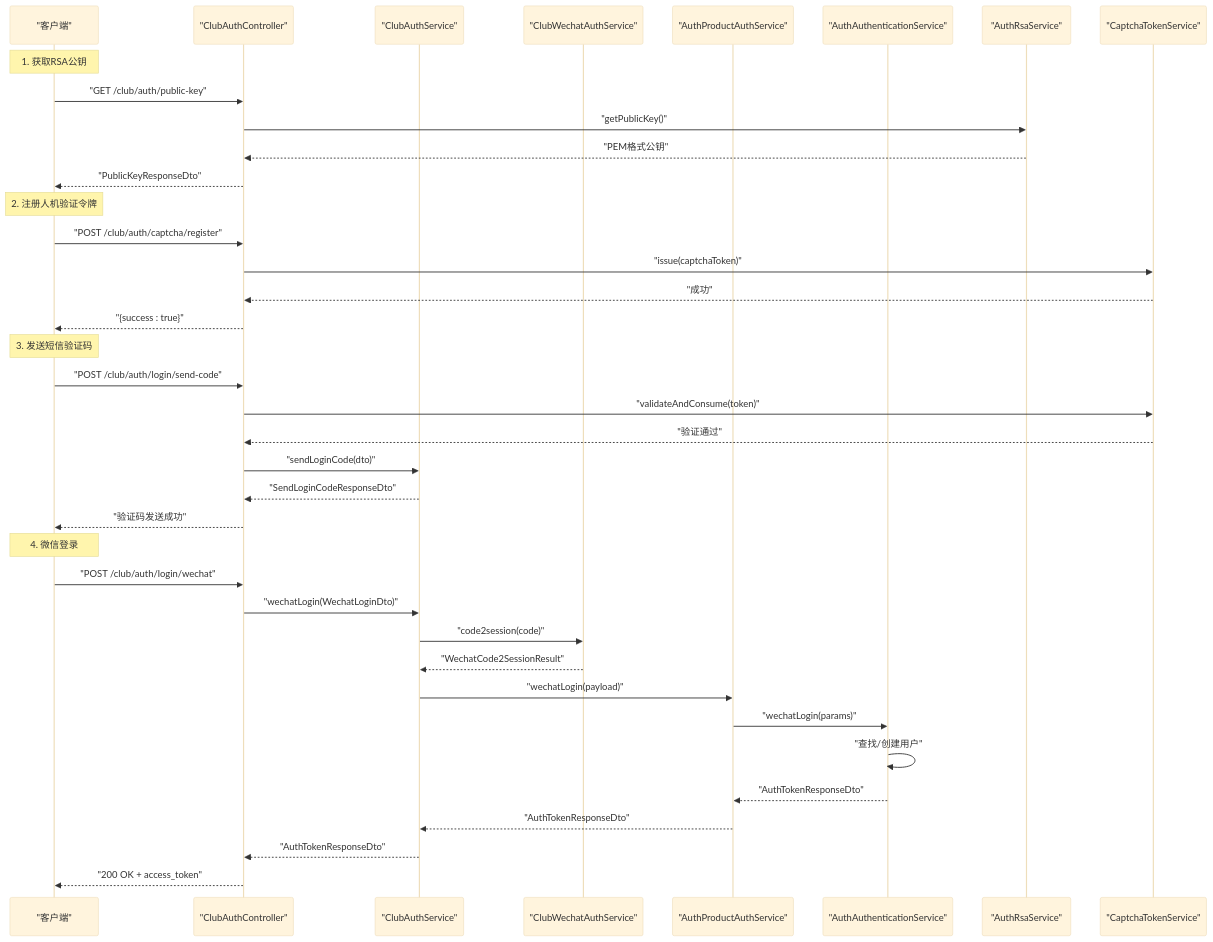
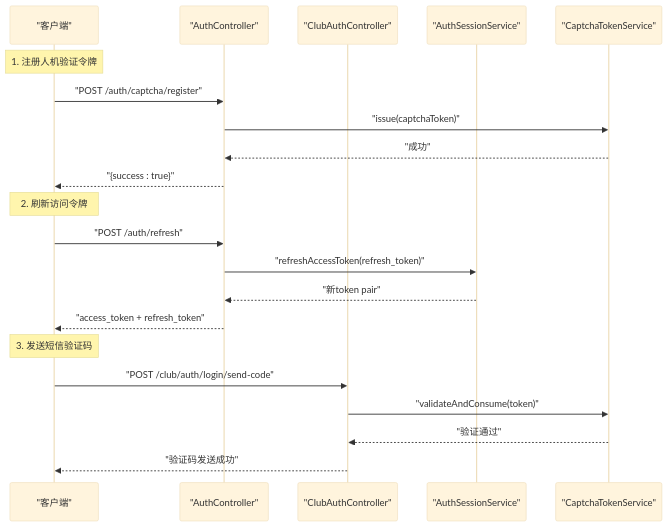
One commit to rc558620/purelyprofit-server changed the second of 5 diagrams in .qoder/repowiki/zh/content/API 接口文档/认证接口.md. Above: the diagram before and after it, drawn with Mermaid (base theme). The commit also changed other lines of this file and 55 other files, not shown here.

````diff
--- a/.qoder/repowiki/zh/content/API 接口文档/认证接口.md
+++ b/.qoder/repowiki/zh/content/API 接口文档/认证接口.md
@@ -113,40 +115,23 @@
 ```mermaid
 sequenceDiagram
 participant Client as "客户端"
+participant AuthCtrl as "AuthController"
 participant ClubCtrl as "ClubAuthController"
-participant ClubSvc as "ClubAuthService"
-participant WechatSvc as "ClubWechatAuthService"
-participant UnifiedSvc as "AuthProductAuthService"
-participant AuthSvc as "AuthAuthenticationService"
-participant RsaSvc as "AuthRsaService"
+participant SessionSvc as "AuthSessionService"
 participant CaptchaSvc as "CaptchaTokenService"
-Note over Client : 1. 获取RSA公钥
-Client->>ClubCtrl : "GET /club/auth/public-key"
-ClubCtrl->>RsaSvc : "getPublicKey()"
-RsaSvc-->>ClubCtrl : "PEM格式公钥"
-ClubCtrl-->>Client : "PublicKeyResponseDto"
-Note over Client : 2. 注册人机验证令牌
-Client->>ClubCtrl : "POST /club/auth/captcha/register"
-ClubCtrl->>CaptchaSvc : "issue(captchaToken)"
-CaptchaSvc-->>ClubCtrl : "成功"
-ClubCtrl-->>Client : "{success : true}"
+Note over Client : 1. 注册人机验证令牌
+Client->>AuthCtrl : "POST /auth/captcha/register"
+AuthCtrl->>CaptchaSvc : "issue(captchaToken)"
+CaptchaSvc-->>AuthCtrl : "成功"
+AuthCtrl-->>Client : "{success : true}"
+Note over Client : 2. 刷新访问令牌
+Client->>AuthCtrl : "POST /auth/refresh"
+AuthCtrl->>SessionSvc : "refreshAccessToken(refresh_token)"
+SessionSvc-->>AuthCtrl : "新token pair"
+AuthCtrl-->>Client : "access_token + refresh_token"
 Note over Client : 3. 发送短信验证码
 Client->>ClubCtrl : "POST /club/auth/login/send-code"
 ClubCtrl->>CaptchaSvc : "validateAndConsume(token)"
 CaptchaSvc-->>ClubCtrl : "验证通过"
-ClubCtrl->>ClubSvc : "sendLoginCode(dto)"
-ClubSvc-->>ClubCtrl : "SendLoginCodeResponseDto"
 ClubCtrl-->>Client : "验证码发送成功"
-Note over Client : 4. 微信登录
-Client->>ClubCtrl : "POST /club/auth/login/wechat"
-ClubCtrl->>ClubSvc : "wechatLogin(WechatLoginDto)"
-ClubSvc->>WechatSvc : "code2session(code)"
-WechatSvc-->>ClubSvc : "WechatCode2SessionResult"
-ClubSvc->>UnifiedSvc : "wechatLogin(payload)"
-UnifiedSvc->>AuthSvc : "wechatLogin(params)"
-AuthSvc->>AuthSvc : "查找/创建用户"
-AuthSvc-->>UnifiedSvc : "AuthTokenResponseDto"
-UnifiedSvc-->>ClubSvc : "AuthTokenResponseDto"
-ClubSvc-->>ClubCtrl : "AuthTokenResponseDto"
-ClubCtrl-->>Client : "200 OK + access_token"
 ```
````
